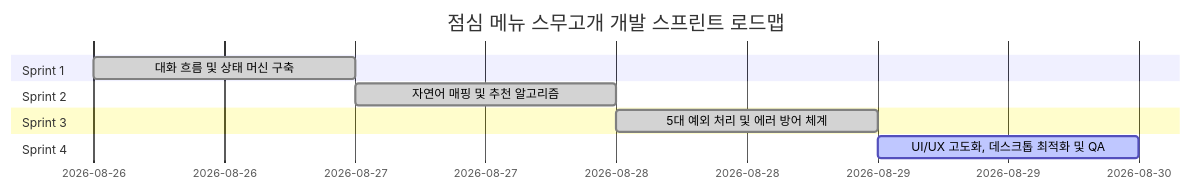
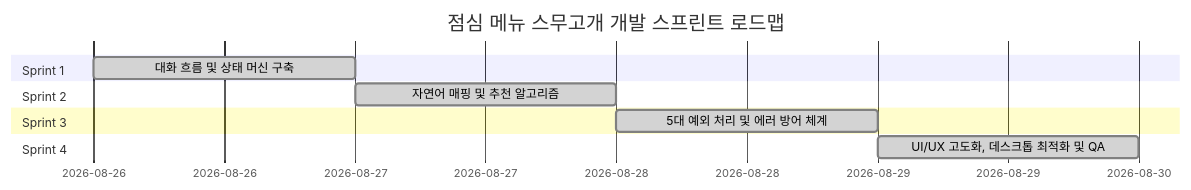
Before and after one commit to shocking-my-cat/lunch-menu-game: the diagram in docs/development-plan.md, drawn with Mermaid. The commit also changed other lines of this file and 7 other files, not shown here.

````diff
--- a/docs/development-plan.md
+++ b/docs/development-plan.md
@@ -61,13 +61,13 @@
 ```mermaid
 gantt
     title 점심 메뉴 스무고개 개발 스프린트 로드맵
     dateFormat  YYYY-MM-DD
     section Sprint 1
     대화 흐름 및 상태 머신 구축 :done, s1, 2026-08-26, 1d
     section Sprint 2
     자연어 매핑 및 추천 알고리즘 :done, s2, after s1, 1d
     section Sprint 3
     5대 예외 처리 및 에러 방어 체계 :done, s3, after s2, 1d
     section Sprint 4
-    UI/UX 고도화, 데스크톱 최적화 및 QA :active, s4, after s3, 1d
+    UI/UX 고도화, 데스크톱 최적화 및 QA :done, s4, after s3, 1d
 ```
````
